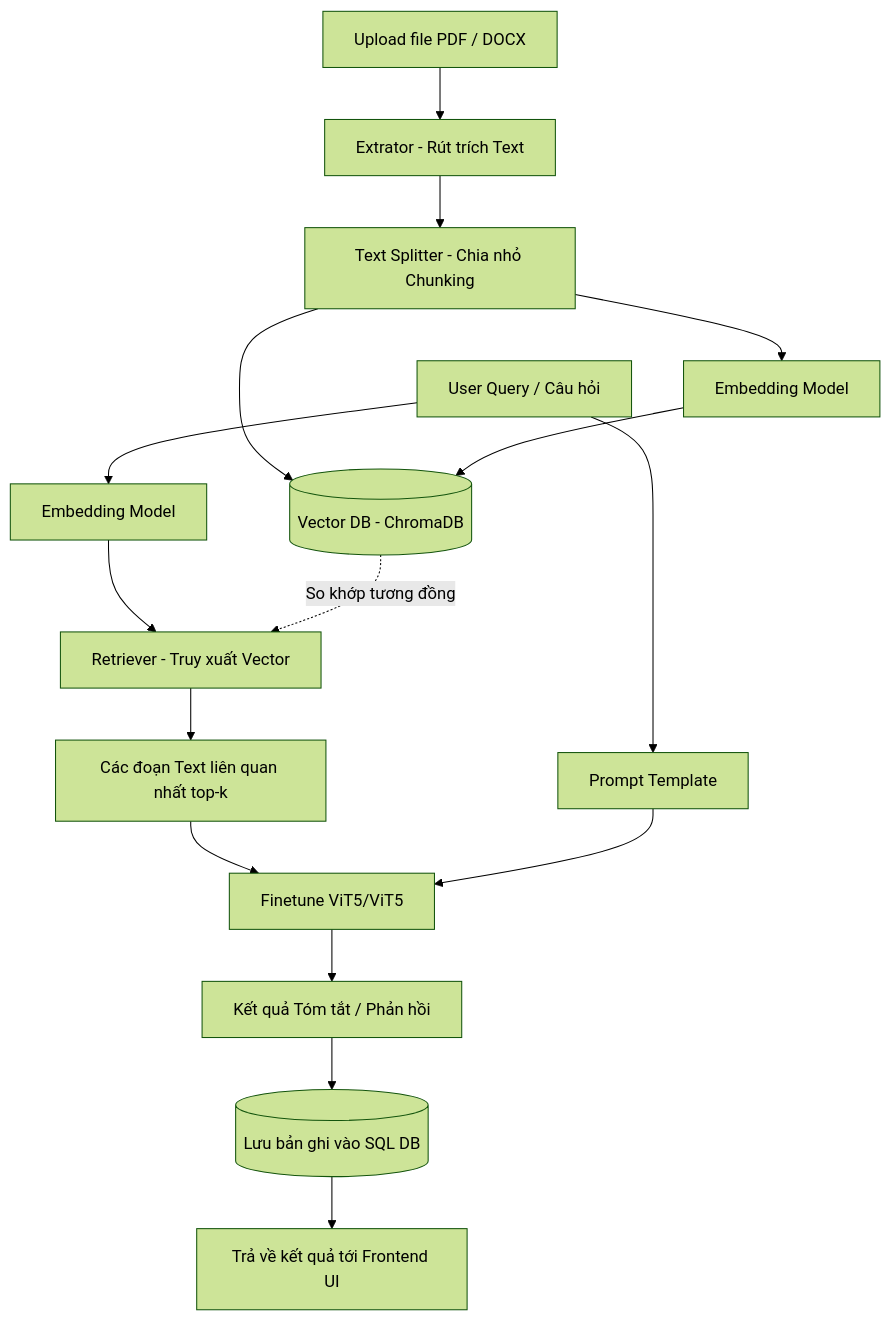
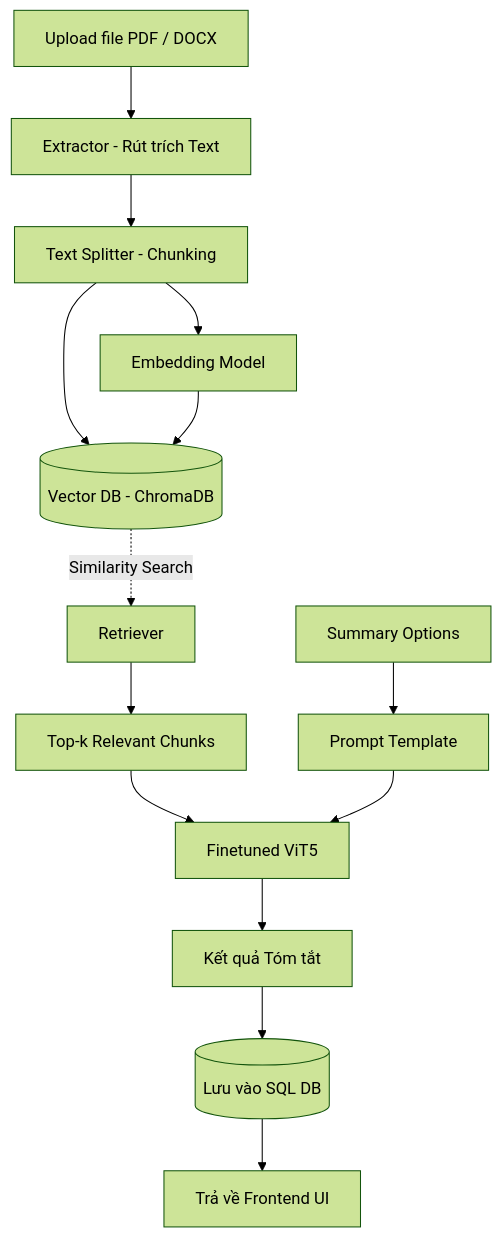
One commit to kienng221105/Summarize-Vietnamese-Text changed the fifth of 7 diagrams in README.md. Above: the diagram before and after it, drawn with Mermaid (forest theme). The commit also changed other lines of this file and 42 other files, not shown here.

Commit message:
Update folder structure, remove chat feature, update architecture

````diff
--- a/README.md
+++ b/README.md
@@ -217,41 +146,33 @@
 ```mermaid
-
 flowchart TD
 
-  %% Nhánh 1: Upload và lưu trữ
+  %% Upload
+  A[Upload file PDF / DOCX] --> B[Extractor - Rút trích Text]
 
-  A[Upload file PDF / DOCX] --> B[Extrator - Rút trích Text]
+  B --> C[Text Splitter - Chunking]
 
-  B --> C[Text Splitter - Chia nhỏ Chunking]
+  C --> D[Embedding Model]
 
-  C --> D[Embedding Model]
+  C --> E[(Vector DB - ChromaDB)]
 
-  C --> E[(Vector DB - ChromaDB)]
+  D --> E
 
-  D --> E
+  %% Summary Options
+  O[Summary Options] --> H[Prompt Template]
 
-  %% Nhánh 2: Truy vấn
+  %% Retrieval
+  E -. Similarity Search .-> F[Retriever]
 
-  Q[User Query / Câu hỏi] --> QE[Embedding Model]
+  F --> G[Top-k Relevant Chunks]
 
-  QE --> F[Retriever - Truy xuất Vector]
+  G --> I[Finetuned ViT5]
 
-  E -. So khớp tương đồng .-> F
+  H --> I
 
-  %% Nhánh 3: Hội tụ & Trả lời
+  %% Output
+  I --> J[Kết quả Tóm tắt]
 
-  F --> G[Các đoạn Text liên quan nhất top-k]
+  J --> K[(Lưu vào SQL DB)]
 
-  G --> I[Finetune ViT5/ViT5]
-
-  H[Prompt Template] --> I
-
-  Q --> H
-
-  I --> J[Kết quả Tóm tắt / Phản hồi]
-
-  J --> K[(Lưu bản ghi vào SQL DB)]
-
-  K --> L[Trả về kết quả tới Frontend UI]
-
+  K --> L[Trả về Frontend UI]
 ```
````
